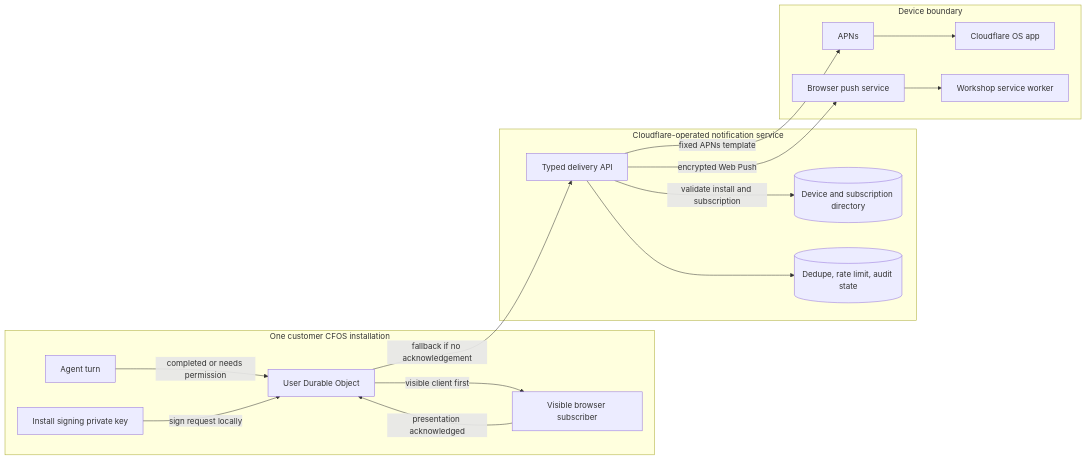
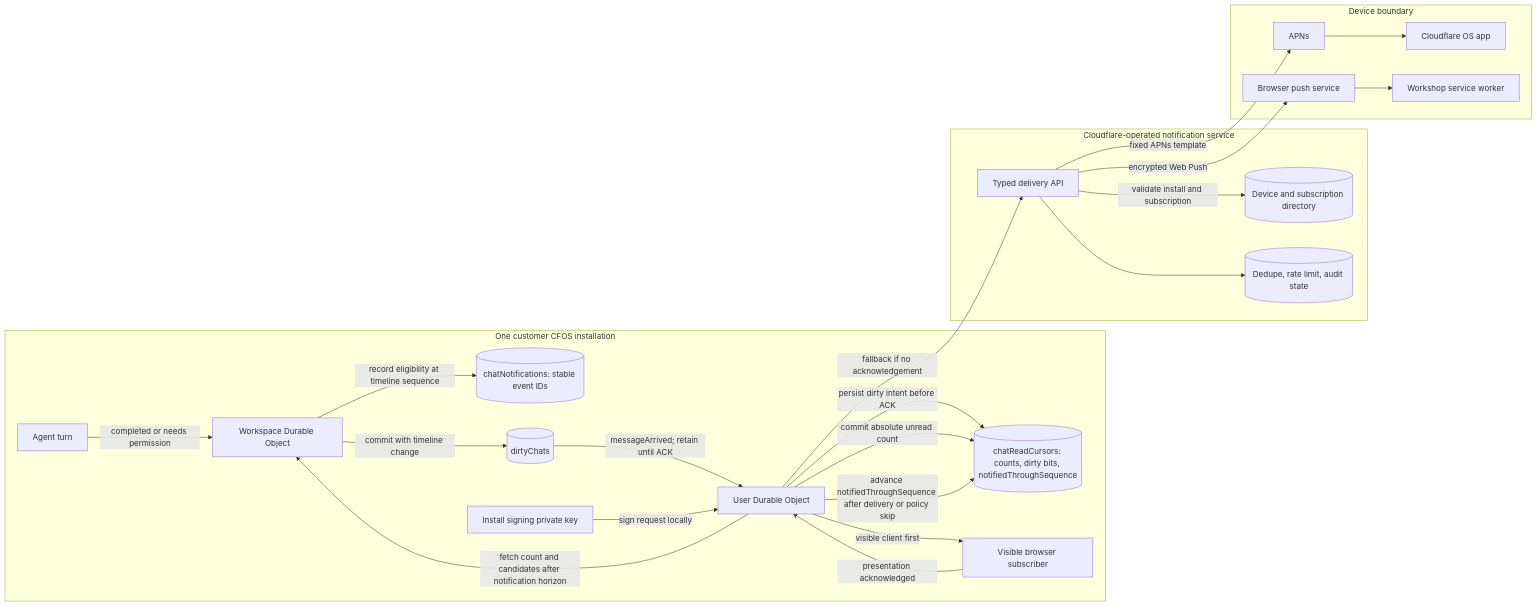
The second of 2 diagrams in docs/notifications.md (cloudflare/cloudflare-os), drawn with Mermaid before and after one commit. The commit also changed 8 other files, not shown here.

Commit message:
Preserve unread intent across admission changes and stale receipts

````diff
--- a/docs/notifications.md
+++ b/docs/notifications.md
@@ -145,34 +145,45 @@
 ```mermaid
 flowchart LR
   subgraph Install[One customer CFOS installation]
     Agent[Agent turn]
+    Workspace[Workspace Durable Object]
+    Candidates[(chatNotifications: stable event IDs)]
+    SourceDirty[(dirtyChats)]
     User[User Durable Object]
+    Cursor[(chatReadCursors: counts, dirty bits, notifiedThroughSequence)]
     Browser[Visible browser subscriber]
     Key[Install signing private key]
   end
 
   subgraph Central[Cloudflare-operated notification service]
     Delivery[Typed delivery API]
     Registry[(Device and subscription directory)]
     Audit[(Dedupe, rate limit, audit state)]
   end
 
   subgraph Devices[Device boundary]
     APNS[APNs]
     App[Cloudflare OS app]
     WebPush[Browser push service]
     Worker[Workshop service worker]
   end
 
-  Agent -->|completed or needs permission| User
+  Agent -->|completed or needs permission| Workspace
+  Workspace -->|record eligibility at timeline sequence| Candidates
+  Workspace -->|commit with timeline change| SourceDirty
+  SourceDirty -->|messageArrived; retain until ACK| User
+  User -->|persist dirty intent before ACK| Cursor
+  User -->|fetch count and candidates after notification horizon| Workspace
+  User -->|commit absolute unread count| Cursor
   User -->|visible client first| Browser
   Browser -->|presentation acknowledged| User
+  User -->|advance notifiedThroughSequence after delivery or policy skip| Cursor
   User -->|fallback if no acknowledgement| Delivery
   Key -->|sign request locally| User
   Delivery -->|validate install and subscription| Registry
   Delivery --> Audit
   Delivery -->|fixed APNs template| APNS
   APNS --> App
   Delivery -->|encrypted Web Push| WebPush
   WebPush --> Worker
 ```
````
